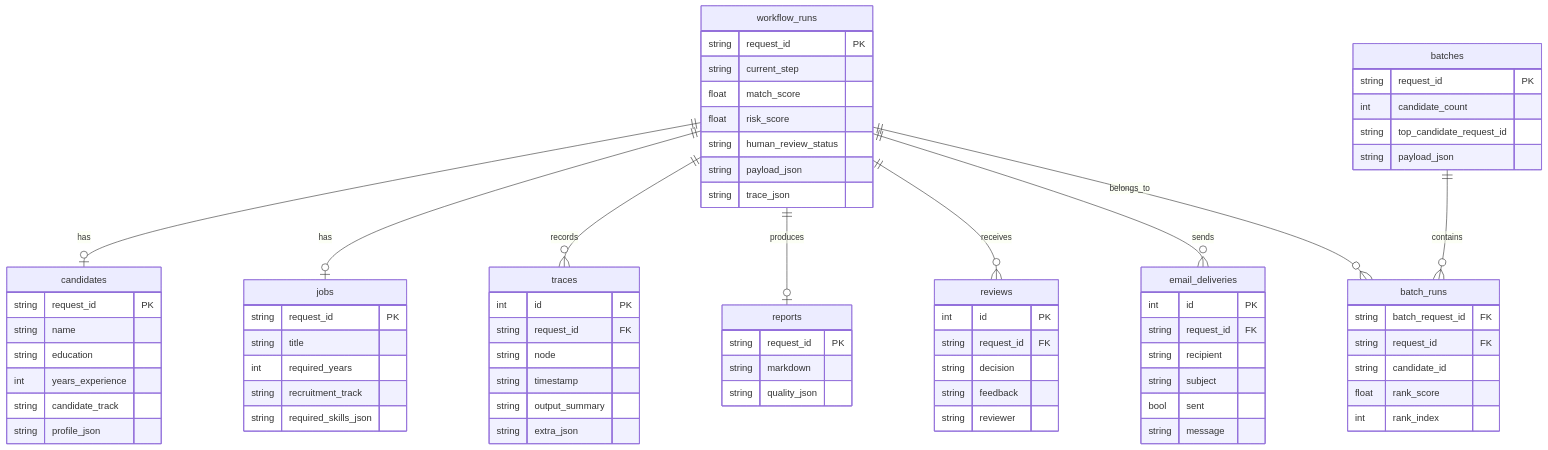
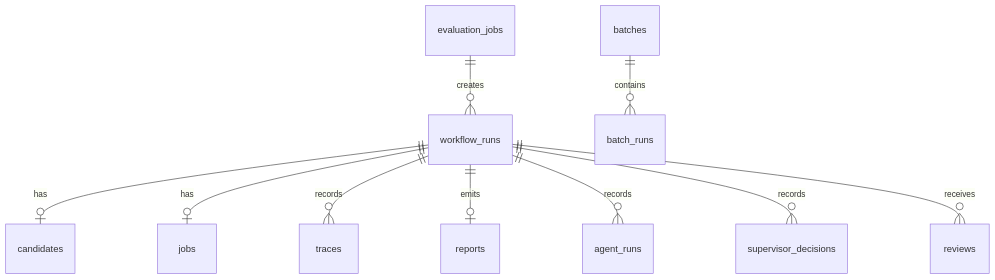
The fifth of 8 diagrams in docs/architecture_diagrams.md (supeng0916-beep/resume-pilot), drawn with Mermaid before and after one commit. The commit also changed other lines of this file and 3 other files, not shown here.

Commit message:
docs: clarify production database architecture

````diff
--- a/docs/architecture_diagrams.md
+++ b/docs/architecture_diagrams.md
@@ -190,83 +129,10 @@
     workflow_runs ||--o| candidates : has
     workflow_runs ||--o| jobs : has
     workflow_runs ||--o{ traces : records
-    workflow_runs ||--o| reports : produces
+    workflow_runs ||--o| reports : emits
+    workflow_runs ||--o{ agent_runs : records
+    workflow_runs ||--o{ supervisor_decisions : records
     workflow_runs ||--o{ reviews : receives
-    workflow_runs ||--o{ email_deliveries : sends
     batches ||--o{ batch_runs : contains
-    workflow_runs ||--o{ batch_runs : belongs_to
-
-    workflow_runs {
-        string request_id PK
-        string current_step
-        float match_score
-        float risk_score
-        string human_review_status
-        string payload_json
-        string trace_json
-    }
-
-    candidates {
-        string request_id PK
-        string name
-        string education
-        int years_experience
-        string candidate_track
-        string profile_json
-    }
-
-    jobs {
-        string request_id PK
-        string title
-        int required_years
-        string recruitment_track
-        string required_skills_json
-    }
-
-    traces {
-        int id PK
-        string request_id FK
-        string node
-        string timestamp
-        string output_summary
-        string extra_json
-    }
-
-    reports {
-        string request_id PK
-        string markdown
-        string quality_json
-    }
-
-    reviews {
-        int id PK
-        string request_id FK
-        string decision
-        string feedback
-        string reviewer
-    }
-
-    email_deliveries {
-        int id PK
-        string request_id FK
-        string recipient
-        string subject
-        bool sent
-        string message
-    }
-
-    batches {
-        string request_id PK
-        int candidate_count
-        string top_candidate_request_id
-        string payload_json
-    }
-
-    batch_runs {
-        string batch_request_id FK
-        string request_id FK
-        string candidate_id
-        float rank_score
-        int rank_index
-    }
+    evaluation_jobs ||--o{ workflow_runs : creates
 ```
````
